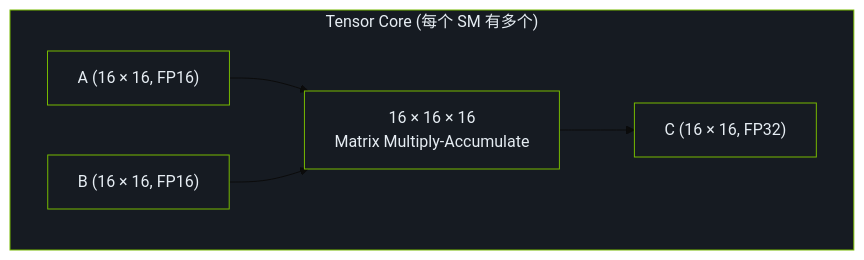
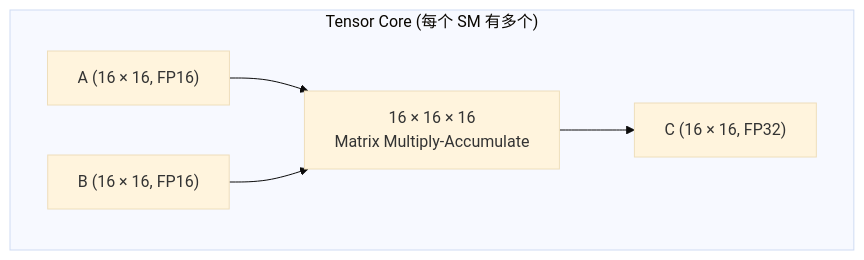
Before and after one commit to LessUp/cuda-kernel-academy: the diagram in docs/zh/modules/01/sgemm-tensor-core.md, drawn with Mermaid (base theme). The commit also changed 45 other files, not shown here.

````diff
--- a/docs/zh/modules/01/sgemm-tensor-core.md
+++ b/docs/zh/modules/01/sgemm-tensor-core.md
@@ -49,14 +49,9 @@
 ```mermaid
 flowchart TB
     subgraph TC["Tensor Core (每个 SM 有多个)"]
         A1["A (16 × 16, FP16)"] --> M["16 × 16 × 16<br/>Matrix Multiply-Accumulate"]
         B1["B (16 × 16, FP16)"] --> M
         M --> C1["C (16 × 16, FP32)"]
     end
 
-    style TC fill:#161b22,stroke:#76B900,color:#e6edf3
-    style A1 fill:#161b22,stroke:#76B900,color:#e6edf3
-    style B1 fill:#161b22,stroke:#76B900,color:#e6edf3
-    style M fill:#161b22,stroke:#76B900,color:#e6edf3
-    style C1 fill:#161b22,stroke:#76B900,color:#e6edf3
 ```
````
